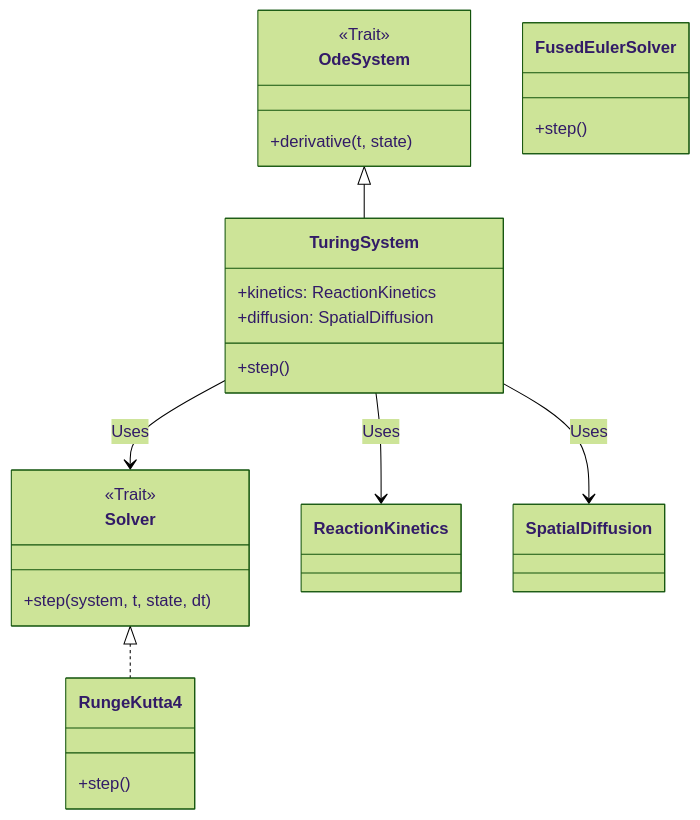
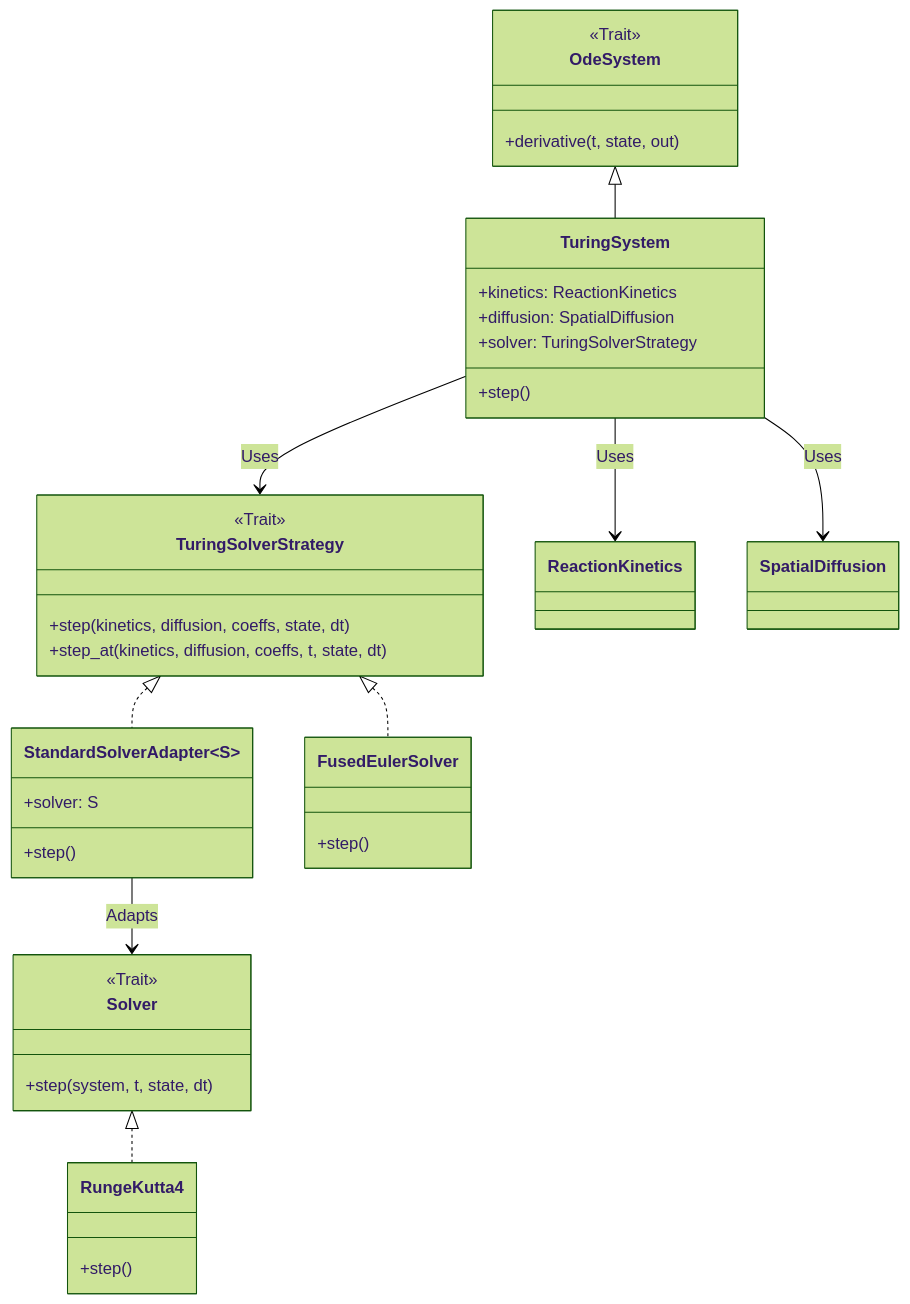
Before and after one commit to fderuiter/OxidizeMath: the second of 2 diagrams in README.md, drawn with Mermaid (forest theme). The commit also changed 232 other files, not shown here.

````diff
--- a/README.md
+++ b/README.md
@@ -113,32 +113,47 @@
 ```mermaid
 classDiagram
     class OdeSystem {
         <<Trait>>
-        +derivative(t, state)
+        +derivative(t, state, out)
     }
 
     class Solver {
         <<Trait>>
         +step(system, t, state, dt)
     }
 
+    class TuringSolverStrategy {
+        <<Trait>>
+        +step(kinetics, diffusion, coeffs, state, dt)
+        +step_at(kinetics, diffusion, coeffs, t, state, dt)
+    }
+
+    class StandardSolverAdapter~S~ {
+        +solver: S
+        +step()
+    }
+
     class TuringSystem {
         +kinetics: ReactionKinetics
         +diffusion: SpatialDiffusion
+        +solver: TuringSolverStrategy
         +step()
     }
 
     class RungeKutta4 {
         +step()
     }
 
     class FusedEulerSolver {
         +step()
     }
 
     OdeSystem <|-- TuringSystem
     Solver <|.. RungeKutta4
-    TuringSystem --> Solver : Uses
+    TuringSolverStrategy <|.. StandardSolverAdapter~S~
+    TuringSolverStrategy <|.. FusedEulerSolver
+    StandardSolverAdapter~S~ --> Solver : Adapts
+    TuringSystem --> TuringSolverStrategy : Uses
     TuringSystem --> ReactionKinetics : Uses
     TuringSystem --> SpatialDiffusion : Uses
 ```
````
